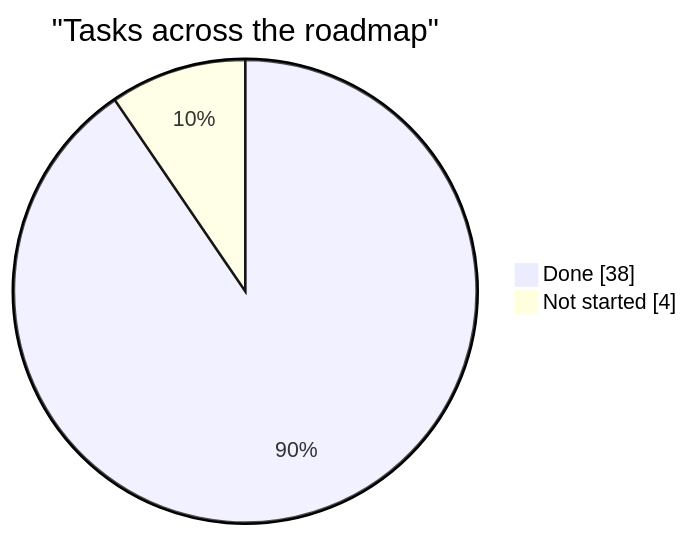
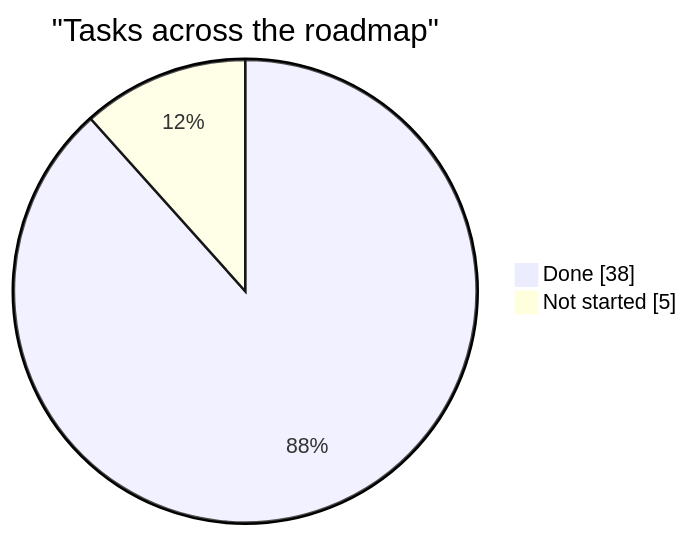
Before and after one commit to AdamClemens/PyFlow: the diagram in docs/planning/status.md, drawn with Mermaid. The commit also changed other lines of this file and 13 other files, not shown here.

````diff
--- a/docs/planning/status.md
+++ b/docs/planning/status.md
@@ -21,6 +21,6 @@
 ```mermaid
 pie showData
     title "Tasks across the roadmap"
     "Done" : 38
-    "Not started" : 4
+    "Not started" : 5
 ```
````
